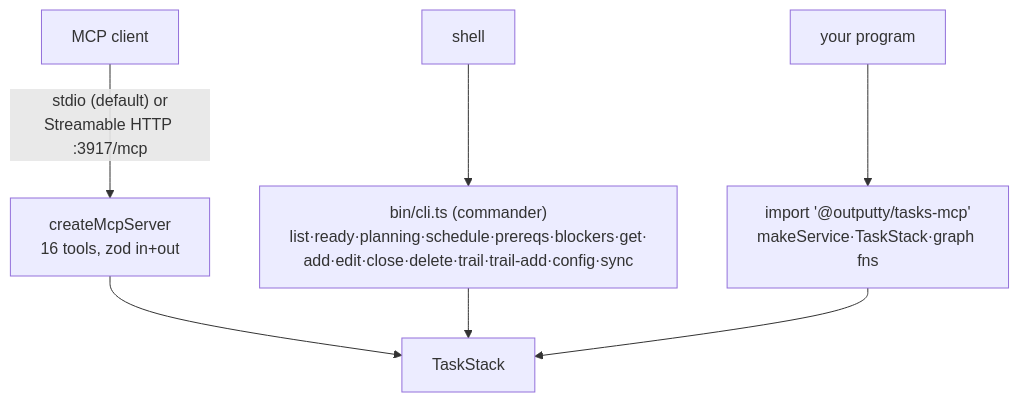
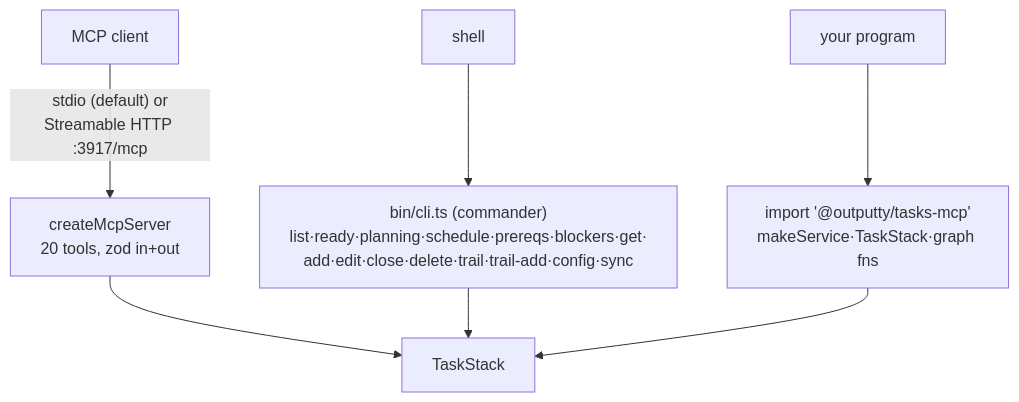
One commit to outputty/tasks-mcp changed the sixth of 8 diagrams in .claude/architecture.md. Above: the diagram before and after it, drawn with Mermaid. The commit also changed other lines of this file and 3 other files, not shown here.

````diff
--- a/.claude/architecture.md
+++ b/.claude/architecture.md
@@ -643,9 +632,9 @@
 ```mermaid
 flowchart TB
-    agent["MCP client"] -->|"stdio (default) or\nStreamable HTTP :3917/mcp"| mcp["createMcpServer\n16 tools, zod in+out"]
+    agent["MCP client"] -->|"stdio (default) or\nStreamable HTTP :3917/mcp"| mcp["createMcpServer\n20 tools, zod in+out"]
     human["shell"] --> cli["bin/cli.ts (commander)\nlist·ready·planning·schedule·prereqs·blockers·get·\nadd·edit·close·delete·trail·trail-add·config·sync"]
     code["your program"] --> lib["import '@outputty/tasks-mcp'\nmakeService·TaskStack·graph fns"]
     mcp --> stack["TaskStack"]
     cli --> stack
     lib --> stack
 ```
````
